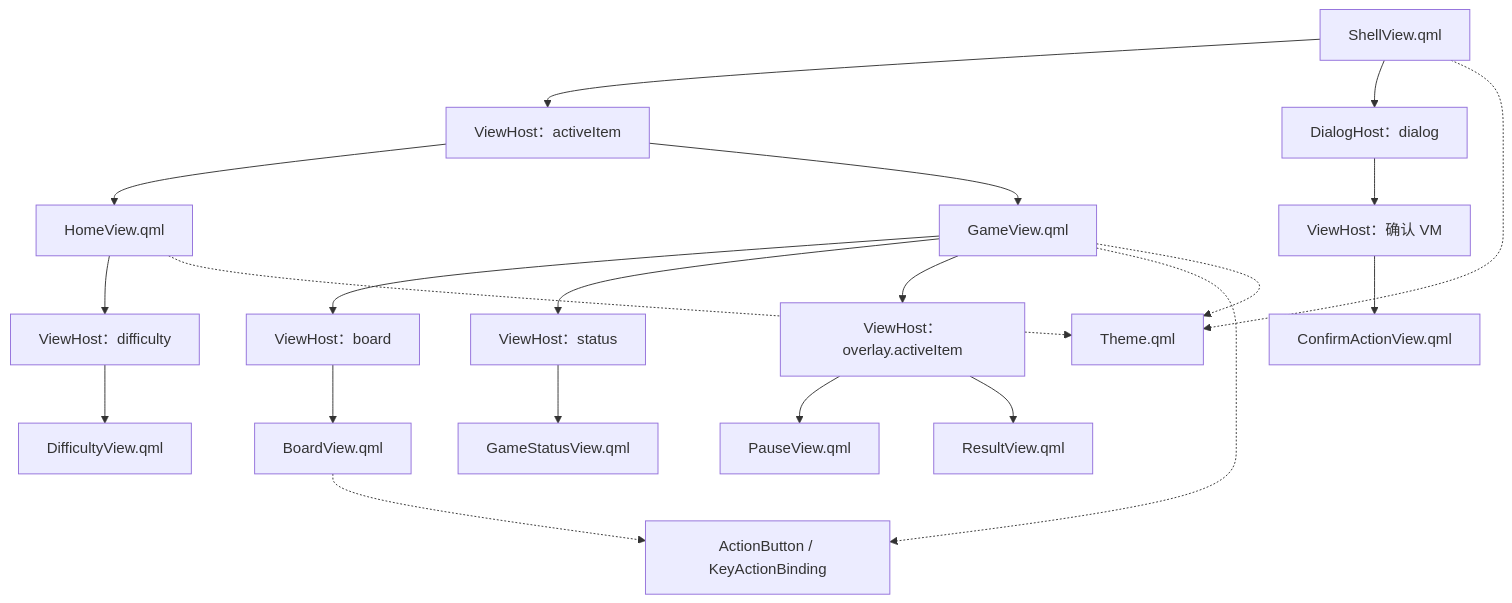
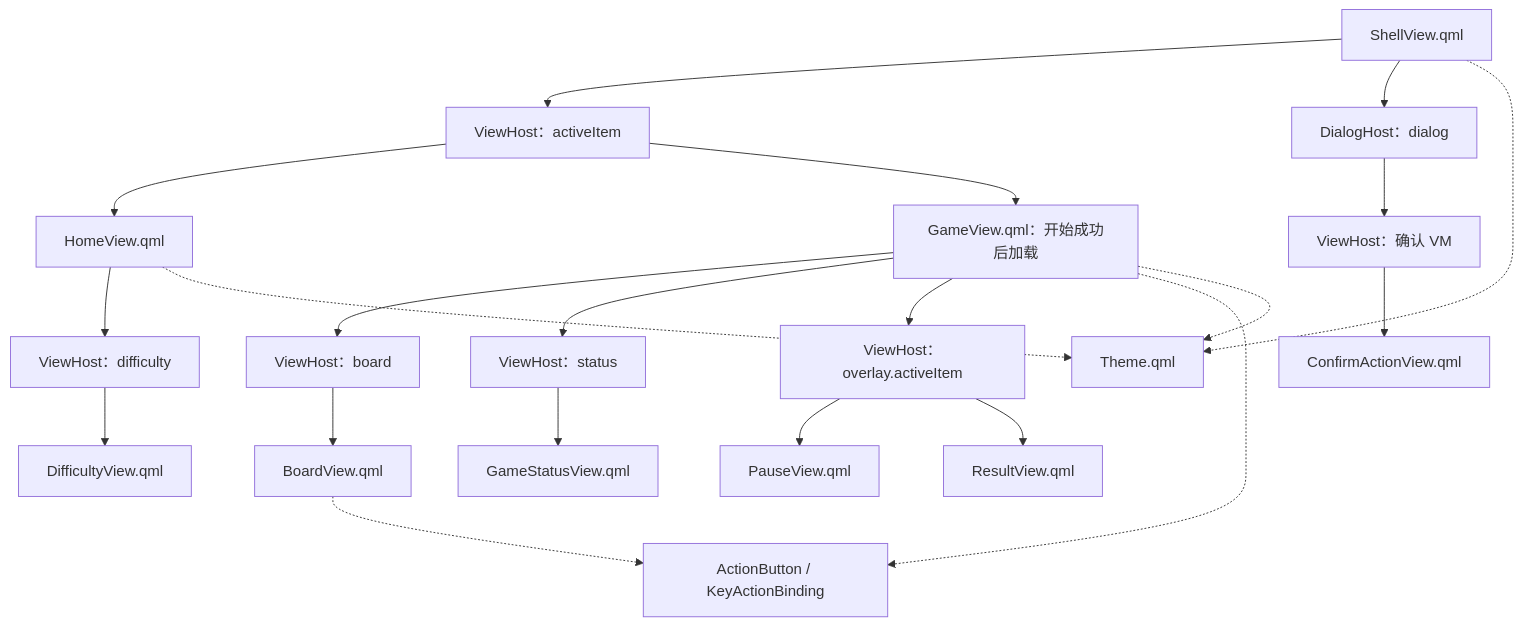
One commit to soapgu/qt-snake-lab changed the first of 3 diagrams in docs/贪吃蛇Qt源码结构设计.md. Above: the diagram before and after it, drawn with Mermaid. The commit also changed other lines of this file and 1 other file, not shown here.

First line of the commit message:
docs(architecture): ✏️ 更新DI装配与Game按需生命周期设计

````diff
--- a/docs/贪吃蛇Qt源码结构设计.md
+++ b/docs/贪吃蛇Qt源码结构设计.md
@@ -408,18 +442,18 @@
 ```mermaid
 flowchart TB
     Shell["ShellView.qml"] --> PageHost["ViewHost：activeItem"]
     PageHost --> Home["HomeView.qml"]
-    PageHost --> Game["GameView.qml"]
+    PageHost --> Game["GameView.qml：开始成功后加载"]
     Home --> DifficultyHost["ViewHost：difficulty"] --> Difficulty["DifficultyView.qml"]
     Game --> BoardHost["ViewHost：board"] --> Board["BoardView.qml"]
     Game --> StatusHost["ViewHost：status"] --> Status["GameStatusView.qml"]
     Game --> OverlayHost["ViewHost：overlay.activeItem"]
     OverlayHost --> Pause["PauseView.qml"]
     OverlayHost --> Result["ResultView.qml"]
     Shell --> Dialog["DialogHost：dialog"] --> ConfirmHost["ViewHost：确认 VM"] --> Confirm["ConfirmActionView.qml"]
     Game -.-> Action["ActionButton / KeyActionBinding"]
     Board -.-> Action
     Shell -.-> Theme["Theme.qml"]
     Home -.-> Theme
     Game -.-> Theme
 ```
````
